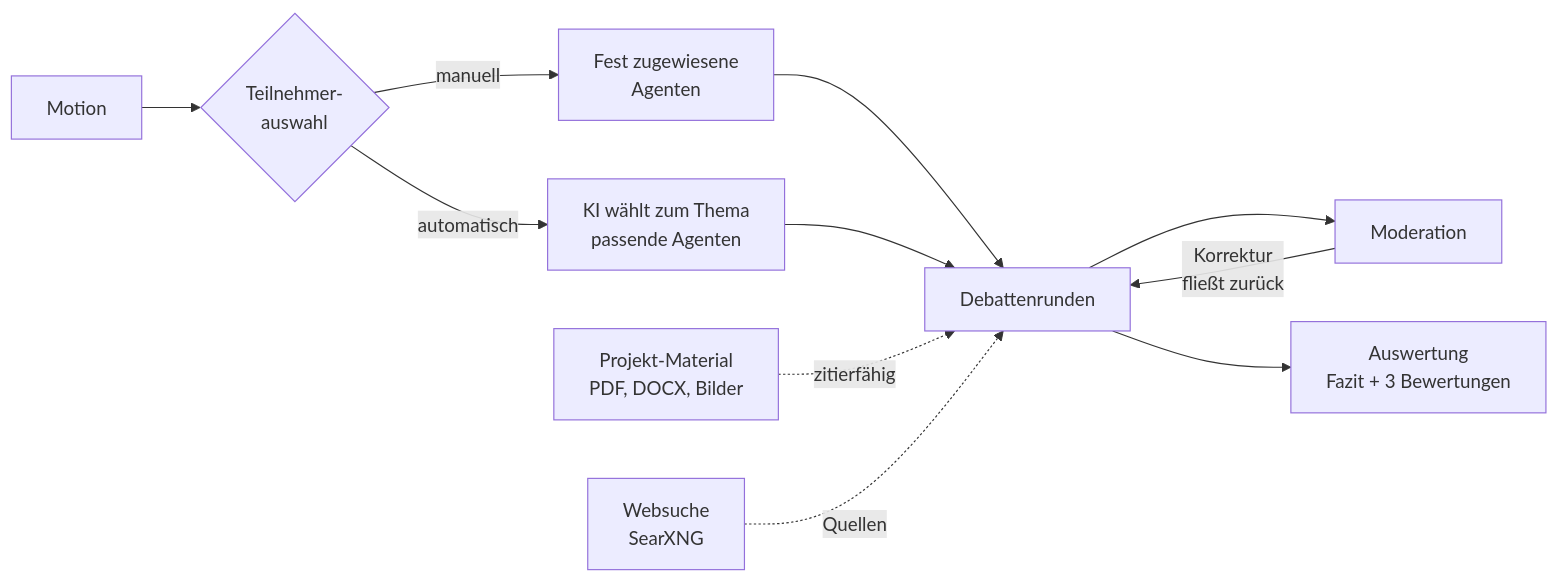
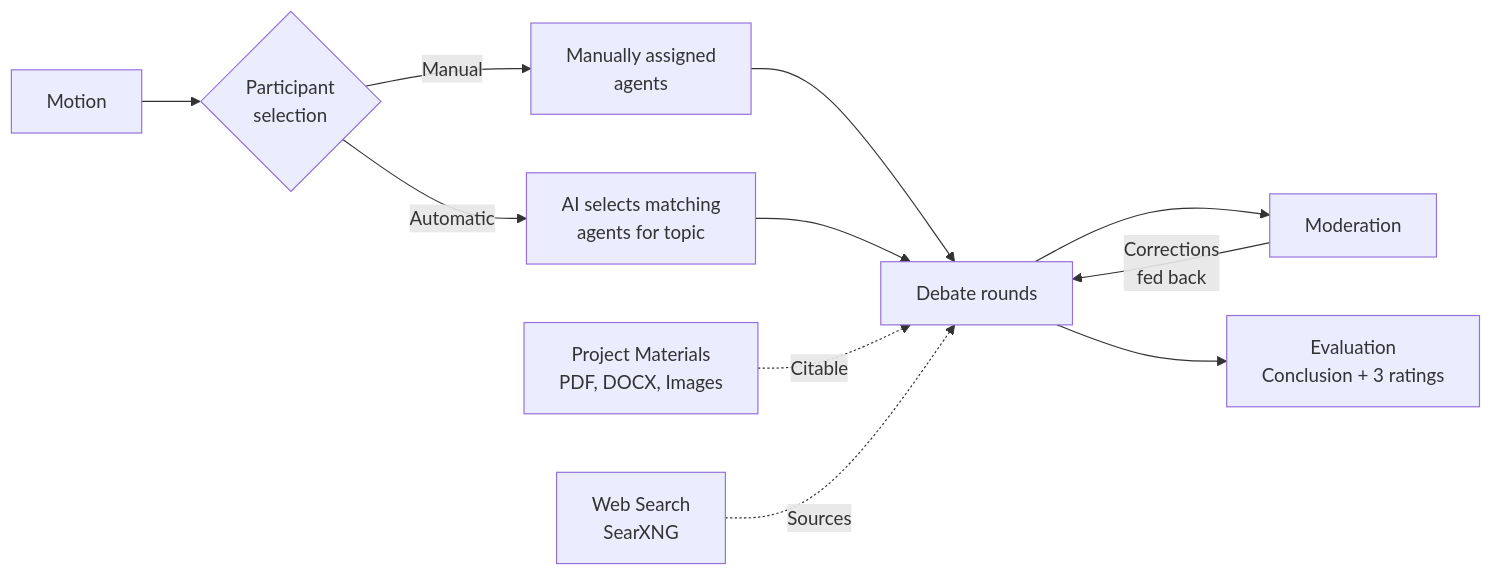
Before and after one commit to h3rb3rn/abelard: the first of 3 diagrams in README.md, drawn with Mermaid. The commit also changed other lines of this file and 1 other file, not shown here.

````diff
--- a/README.md
+++ b/README.md
@@ -26,13 +21,13 @@
 ```mermaid
 flowchart LR
-    M["Motion"] --> S{"Teilnehmer-<br/>auswahl"}
-    S -->|manuell| A["Fest zugewiesene<br/>Agenten"]
-    S -->|automatisch| B["KI wählt zum Thema<br/>passende Agenten"]
-    A --> D["Debattenrunden"]
+    M["Motion"] --> S{"Participant<br/>selection"}
+    S -->|Manual| A["Manually assigned<br/>agents"]
+    S -->|Automatic| B["AI selects matching<br/>agents for topic"]
+    A --> D["Debate rounds"]
     B --> D
-    MAT["Projekt-Material<br/>PDF, DOCX, Bilder"] -.zitierfähig.-> D
-    WEB["Websuche<br/>SearXNG"] -.Quellen.-> D
+    MAT["Project Materials<br/>PDF, DOCX, Images"] -.Citable.-> D
+    WEB["Web Search<br/>SearXNG"] -.Sources.-> D
     D --> MOD["Moderation"]
-    MOD -->|"Korrektur<br/>fließt zurück"| D
-    D --> E["Auswertung<br/>Fazit + 3 Bewertungen"]
+    MOD -->|"Corrections<br/>fed back"| D
+    D --> E["Evaluation<br/>Conclusion + 3 ratings"]
 ```
````
